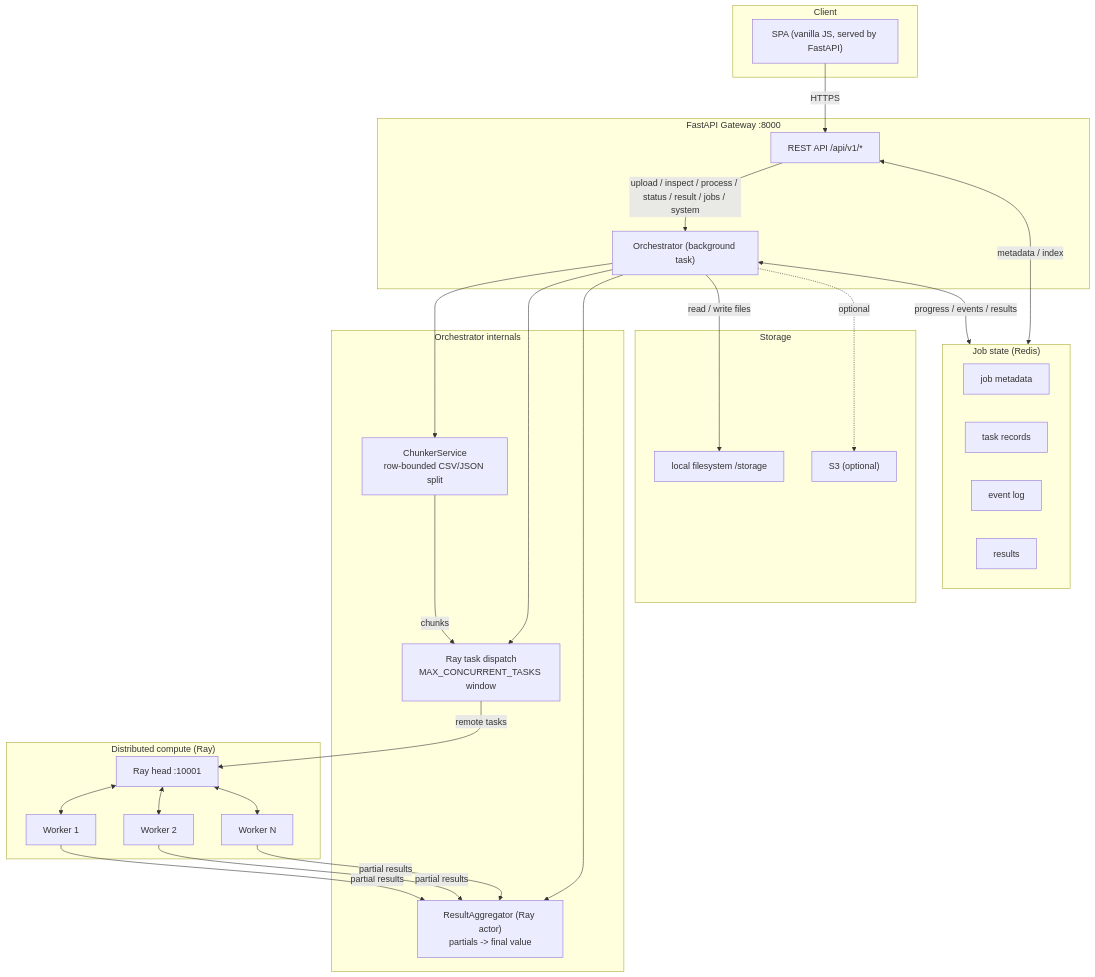
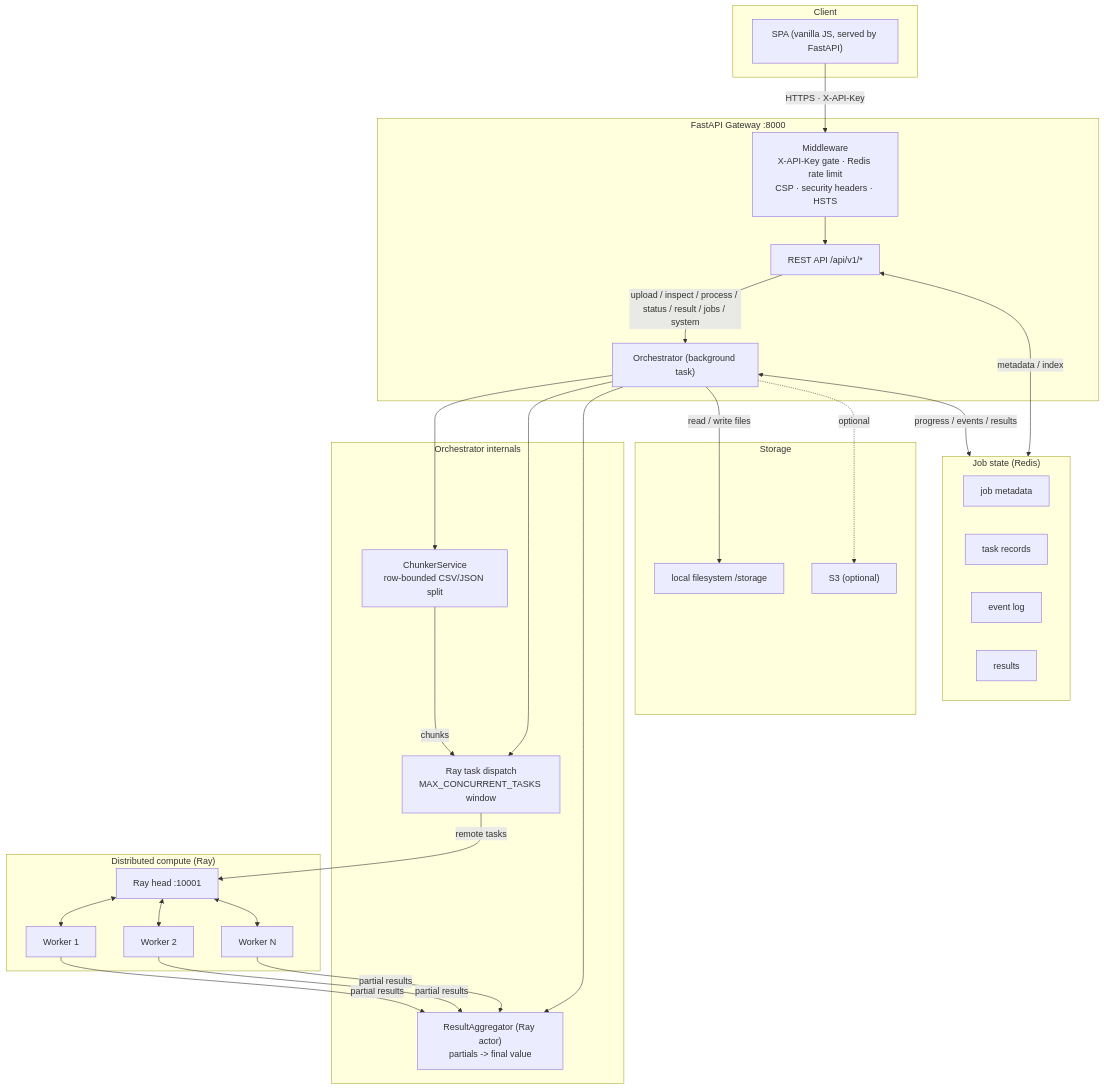
One commit to Shahriarin2garden/distributed-file-processor changed the diagram in README.md. Above: the diagram before and after it, drawn with Mermaid. The commit also changed other lines of this file and 13 other files, not shown here.

First line of the commit message:
Harden production security: enforce API key, rate limit, security headers, bounded uploads, raw-file cleanup

````diff
--- a/README.md
+++ b/README.md
@@ -86,50 +86,52 @@
 ```mermaid
 flowchart TB
     subgraph Client
         UI["SPA (vanilla JS, served by FastAPI)"]
     end
 
     subgraph API["FastAPI Gateway :8000"]
+        MW["Middleware<br/>X-API-Key gate · Redis rate limit<br/>CSP · security headers · HSTS"]
         GW["REST API /api/v1/*"]
         ORCH["Orchestrator (background task)"]
     end
 
     subgraph ORCH_CP["Orchestrator internals"]
         CH["ChunkerService<br/>row-bounded CSV/JSON split"]
         DISP["Ray task dispatch<br/>MAX_CONCURRENT_TASKS window"]
         AGG["ResultAggregator (Ray actor)<br/>partials -> final value"]
     end
 
     subgraph DATA["Distributed compute (Ray)"]
         HEAD["Ray head :10001"]
         W1["Worker 1"]
         W2["Worker 2"]
         WN["Worker N"]
     end
 
     subgraph STATE["Job state (Redis)"]
         MD["job metadata"]
         TX["task records"]
         EV["event log"]
         RS["results"]
     end
 
     subgraph STORE["Storage"]
         LS["local filesystem /storage"]
         S3["S3 (optional)"]
     end
 
-    UI -->|HTTPS| GW
+    UI -->|HTTPS · X-API-Key| MW
+    MW --> GW
     GW -->|upload / inspect / process / status / result / jobs / system| ORCH
     ORCH --> CH
     ORCH --> DISP
     ORCH --> AGG
     CH -->|chunks| DISP
     DISP -->|remote tasks| HEAD
     HEAD <--> W1 & W2 & WN
     W1 & W2 & WN -->|partial results| AGG
     ORCH <-->|progress / events / results| STATE
     GW <-->|metadata / index| STATE
     ORCH -->|read / write files| LS
     ORCH -.->|optional| S3
 ```
````
